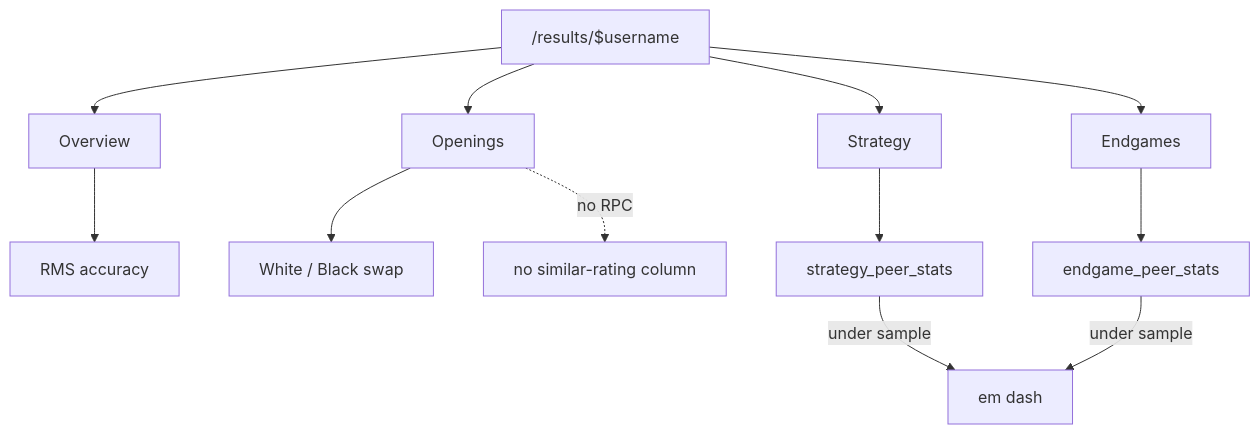
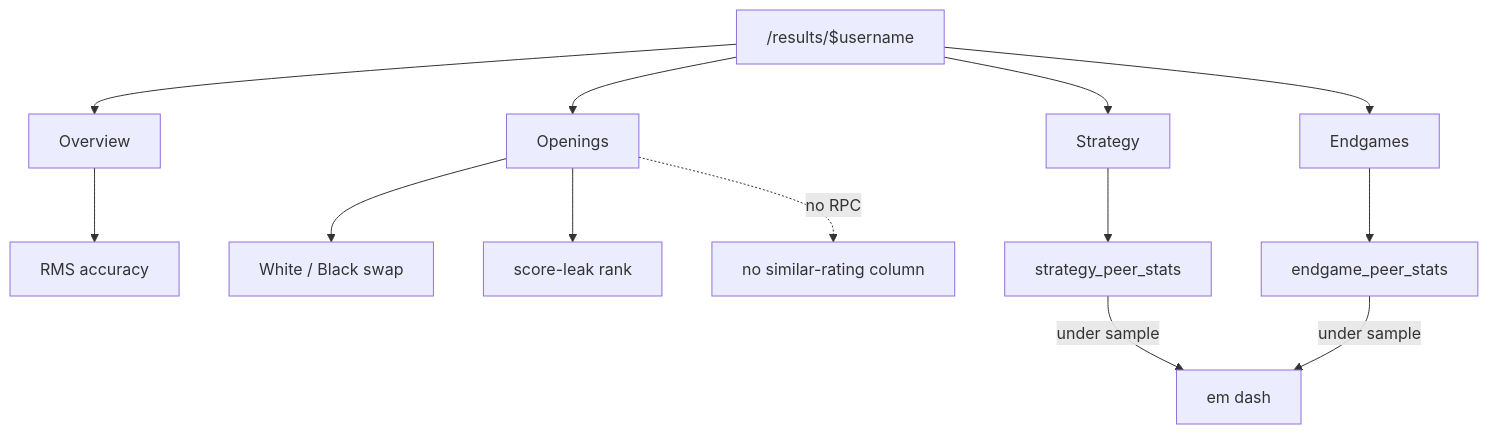
The diagram in docs/humans/_insights/Insights.md (FortakenJay/Chess-Website), drawn with Mermaid before and after one commit. The commit also changed other lines of this file and 86 other files, not shown here.

````diff
--- a/docs/humans/_insights/Insights.md
+++ b/docs/humans/_insights/Insights.md
@@ -23,14 +23,15 @@
 ```mermaid
 flowchart TB
   Results["/results/$username"] --> Overview
   Results --> Openings
   Results --> Strategy
   Results --> Endgames
   Overview --> RMS[RMS accuracy]
   Openings --> Color[White / Black swap]
+  Openings --> Leak[score-leak rank]
   Strategy --> PeerS[strategy_peer_stats]
   Endgames --> PeerE[endgame_peer_stats]
   PeerS -->|under sample| Dash[em dash]
   PeerE -->|under sample| Dash
   Openings -.->|no RPC| NoPeer[no similar-rating column]
 ```
````
